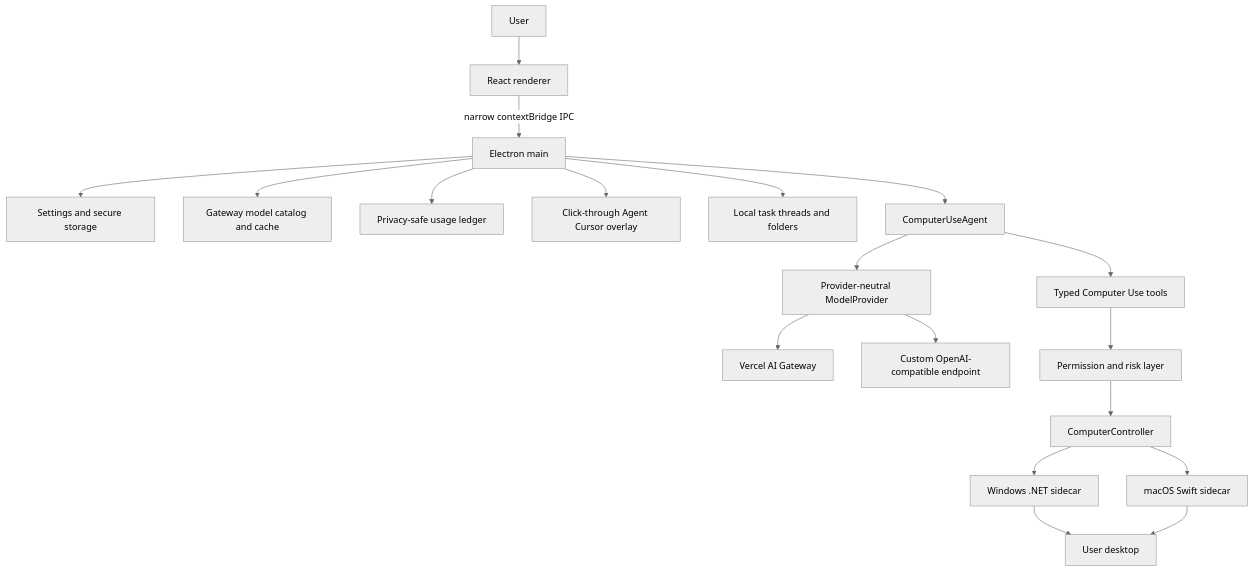
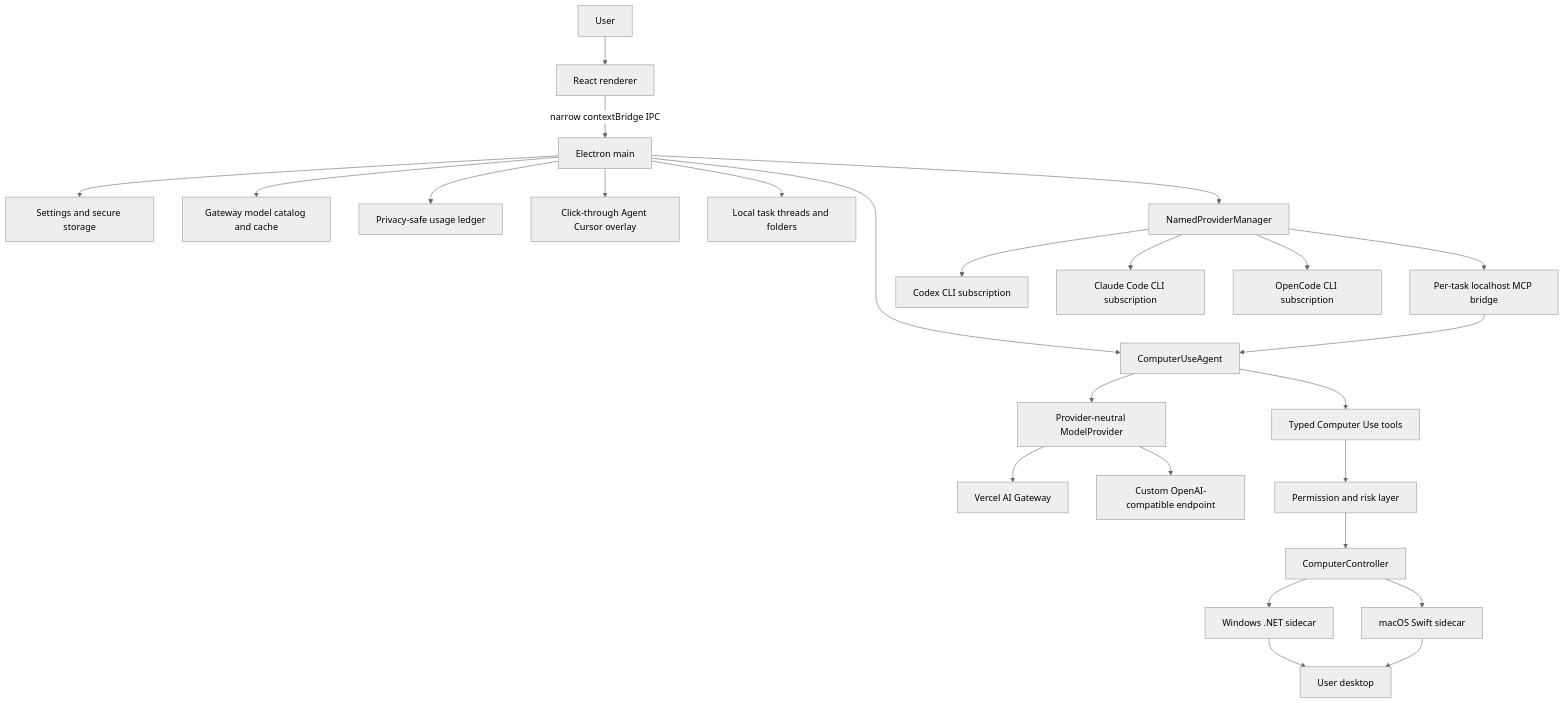
One commit to mathofdynamic/OpenUse changed the diagram in docs/architecture.md. Above: the diagram before and after it, drawn with Mermaid (neutral theme). The commit also changed other lines of this file and 5 other files, not shown here.

Commit message:
docs: document named subscription providers

````diff
--- a/docs/architecture.md
+++ b/docs/architecture.md
@@ -5,21 +5,27 @@
 ```mermaid
 flowchart TD
     User[User] --> UI[React renderer]
     UI -->|narrow contextBridge IPC| Main[Electron main]
     Main --> Settings[Settings and secure storage]
     Main --> Catalog[Gateway model catalog and cache]
     Main --> Usage[Privacy-safe usage ledger]
     Main --> Cursor[Click-through Agent Cursor overlay]
     Main --> Threads[Local task threads and folders]
     Main --> Agent[ComputerUseAgent]
     Agent --> Provider[Provider-neutral ModelProvider]
     Provider --> Gateway[Vercel AI Gateway]
     Provider --> Custom[Custom OpenAI-compatible endpoint]
+    Main --> Named[NamedProviderManager]
+    Named --> Codex[Codex CLI subscription]
+    Named --> Claude[Claude Code CLI subscription]
+    Named --> OpenCode[OpenCode CLI subscription]
+    Named --> MCP[Per-task localhost MCP bridge]
+    MCP --> Agent
     Agent --> Tools[Typed Computer Use tools]
     Tools --> Policy[Permission and risk layer]
     Policy --> Controller[ComputerController]
     Controller --> Win[Windows .NET sidecar]
     Controller --> Mac[macOS Swift sidecar]
     Win --> Desktop[User desktop]
     Mac --> Desktop
 ```
````
